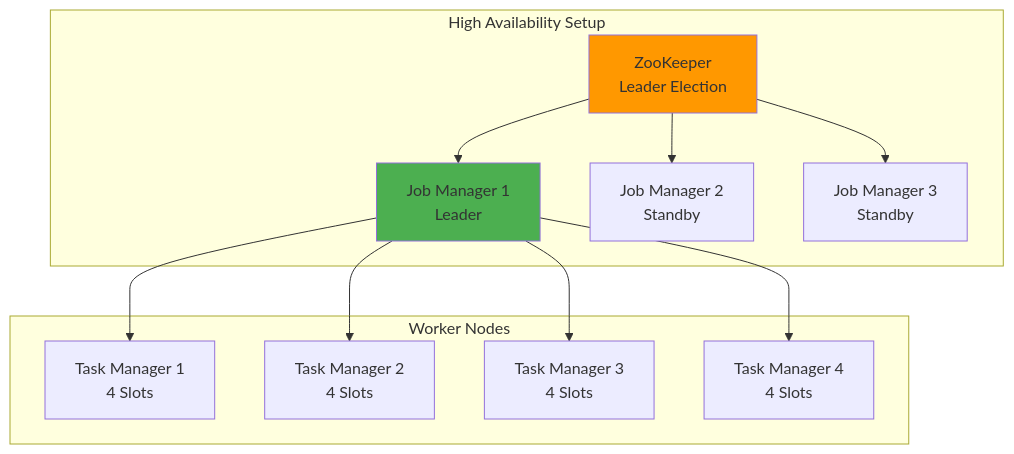
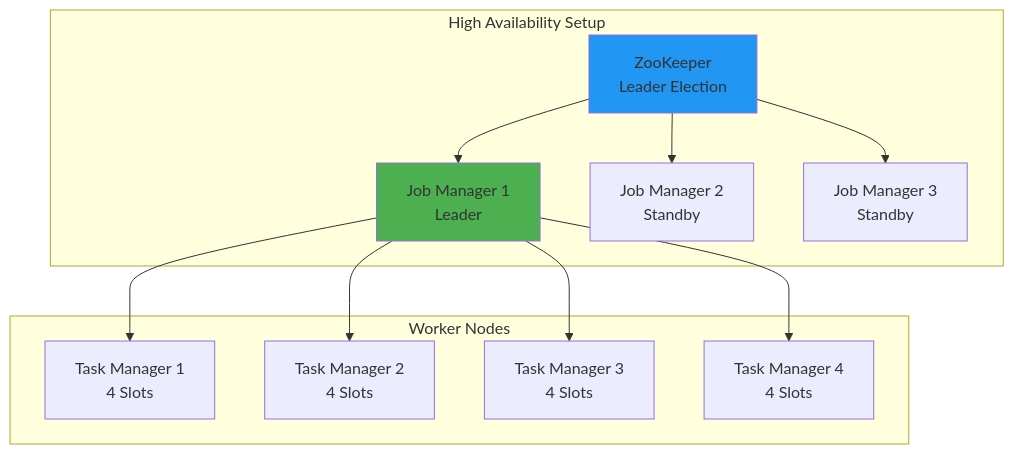
One commit to ahmedrzakhan/system-design-notes changed the first of 4 diagrams in key_tech/flink.md. Above: the diagram before and after it, drawn with Mermaid.

````diff
--- a/key_tech/flink.md
+++ b/key_tech/flink.md
@@ -27,28 +27,28 @@
 ```mermaid
 graph TB
     subgraph "High Availability Setup"
         JM1[Job Manager 1<br/>Leader]
         JM2[Job Manager 2<br/>Standby]
         JM3[Job Manager 3<br/>Standby]
         ZK[ZooKeeper<br/>Leader Election]
     end
 
     subgraph "Worker Nodes"
         TM1[Task Manager 1<br/>4 Slots]
         TM2[Task Manager 2<br/>4 Slots]
         TM3[Task Manager 3<br/>4 Slots]
         TM4[Task Manager 4<br/>4 Slots]
     end
 
     JM1 --> TM1
     JM1 --> TM2
     JM1 --> TM3
     JM1 --> TM4
 
     ZK --> JM1
     ZK --> JM2
     ZK --> JM3
 
     style JM1 fill:#4CAF50
-    style ZK fill:#FF9800
+    style ZK fill:#2196F3
 ```
````
